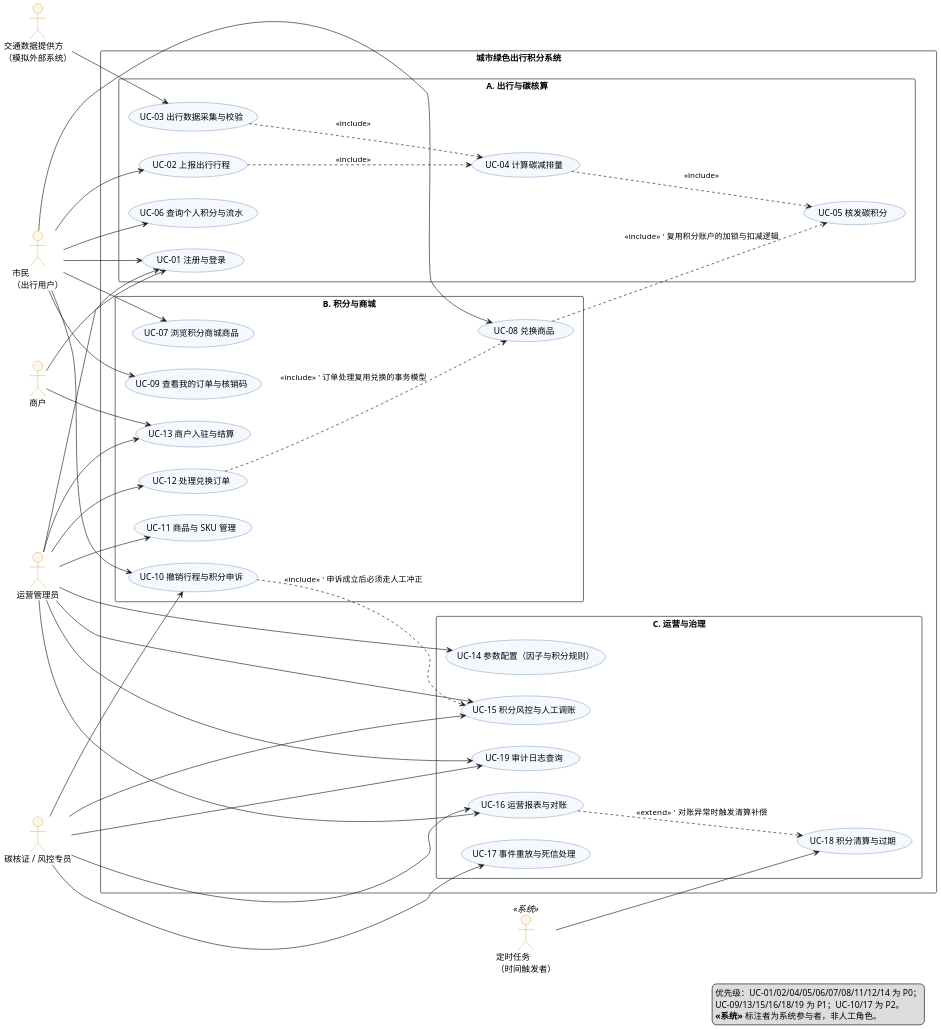
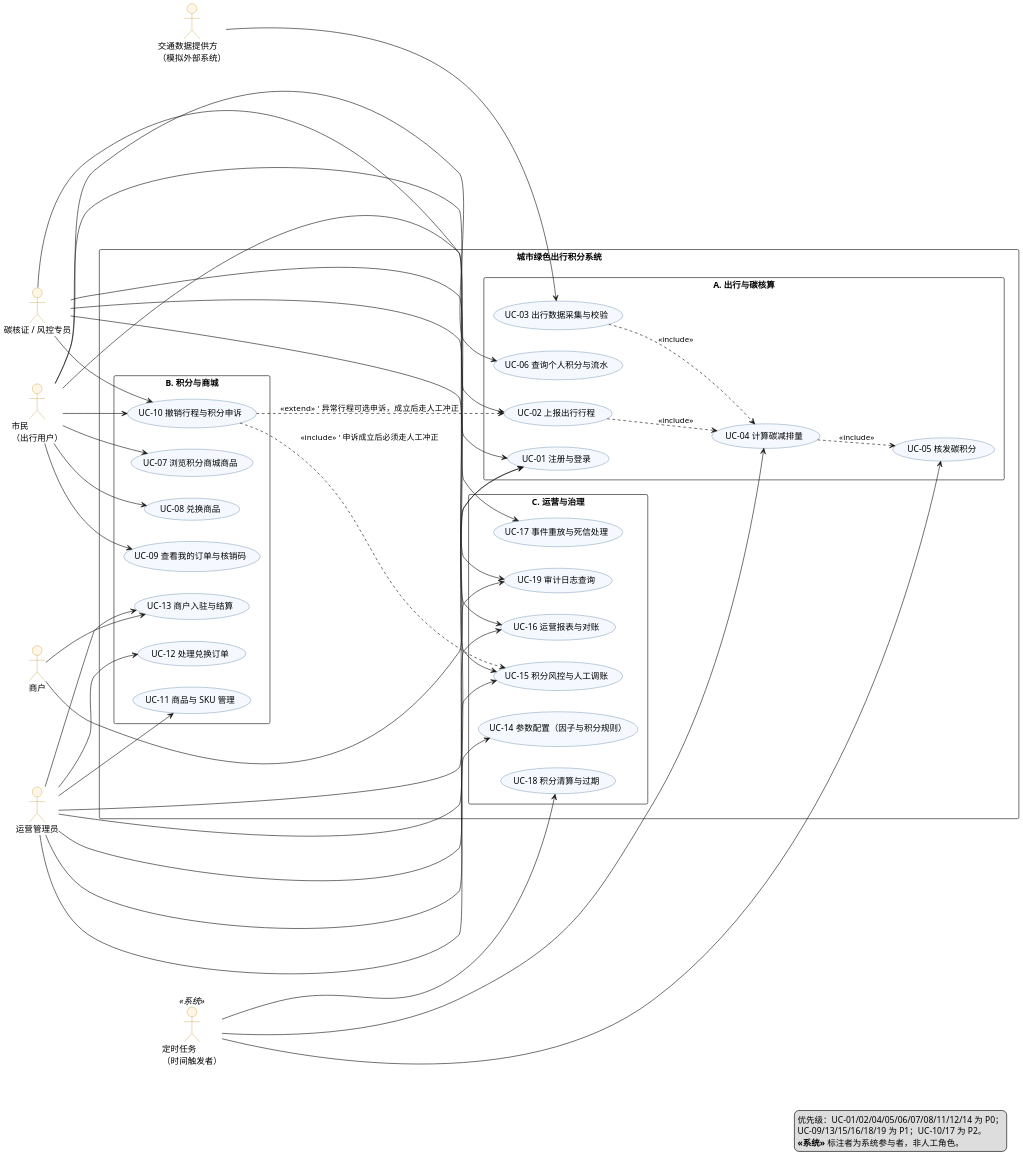
Before and after one commit to chiyan11/green-travel-points: the diagram in docs/uml/01-用例图-总览.puml, drawn with PlantUML. The commit also changed 19 other files, not shown here.

Commit message:
docs(docs): 补齐 P1 设计规格、实验报告与 UML 交付

```diff
--- a/docs/uml/01-用例图-总览.puml
+++ b/docs/uml/01-用例图-总览.puml
@@ -1,107 +1,110 @@
 @startuml 图1-1 城市绿色出行积分系统 用例图
 ' 依据：docs/需求规格说明书.md §2.1 角色列表 / §2.2 用例列表 / §2.3.1 分区原则
 ' 约定：人工角色在左，系统参与者（R5/R6）在右；虚线箭头表示 include / extend
 ' 渲染：java -jar plantuml.jar -charset UTF-8 -tpng "01-用例图-总览.puml"
 
 skinparam defaultFontName "Microsoft YaHei"
 skinparam dpi 150
 skinparam shadowing false
 ' 横向布局：actor 在左，三个分区自上而下堆叠，避免 19 个用例排成一条 6500px 的长条
 left to right direction
 
 skinparam usecase {
   BackgroundColor #F5F9FF
   BorderColor #2E5C8A
 }
 skinparam actor {
   BackgroundColor #FFF6E5
   BorderColor #B8860B
 }
 
 actor "市民\n（出行用户）" as R1
 actor "运营管理员" as R2
 actor "商户" as R3
 actor "碳核证 / 风控专员" as R4
 
 rectangle "城市绿色出行积分系统" {
 
   rectangle "A. 出行与碳核算" {
     usecase "UC-01 注册与登录" as UC01
     usecase "UC-02 上报出行行程" as UC02
     usecase "UC-03 出行数据采集与校验" as UC03
     usecase "UC-04 计算碳减排量" as UC04
     usecase "UC-05 核发碳积分" as UC05
     usecase "UC-06 查询个人积分与流水" as UC06
   }
 
   rectangle "B. 积分与商城" {
     usecase "UC-07 浏览积分商城商品" as UC07
     usecase "UC-08 兑换商品" as UC08
     usecase "UC-09 查看我的订单与核销码" as UC09
     usecase "UC-10 撤销行程与积分申诉" as UC10
     usecase "UC-11 商品与 SKU 管理" as UC11
     usecase "UC-12 处理兑换订单" as UC12
     usecase "UC-13 商户入驻与结算" as UC13
   }
 
   rectangle "C. 运营与治理" {
     usecase "UC-14 参数配置（因子与积分规则）" as UC14
     usecase "UC-15 积分风控与人工调账" as UC15
     usecase "UC-16 运营报表与对账" as UC16
     usecase "UC-17 事件重放与死信处理" as UC17
     usecase "UC-18 积分清算与过期" as UC18
     usecase "UC-19 审计日志查询" as UC19
   }
 }
 
 actor "交通数据提供方\n（模拟外部系统）" as R5
 actor "定时任务\n（时间触发者）" as R6 <<系统>>
 
 ' ---------- 角色 → 用例 关联 ----------
 R1 --> UC01
 R1 --> UC02
 R1 --> UC06
 R1 --> UC07
 R1 --> UC08
 R1 --> UC09
 R1 --> UC10
 
 R2 --> UC01
 R2 --> UC11
 R2 --> UC12
 R2 --> UC13
 R2 --> UC14
 R2 --> UC15
 R2 --> UC16
 R2 --> UC19
 
 R3 --> UC01
 R3 --> UC13
 
 R4 --> UC10
 R4 --> UC15
 R4 --> UC16
 R4 --> UC17
 R4 --> UC19
 
 R5 --> UC03
+R6 --> UC04
+R6 --> UC05
 R6 --> UC18
 
 ' ---------- include / extend（判定口径见 §2.3.1） ----------
 UC02 ..> UC04 : <<include>>
 UC03 ..> UC04 : <<include>>
 UC04 ..> UC05 : <<include>>
-UC08 ..> UC05 : <<include>>  ' 复用积分账户的加锁与扣减逻辑
+UC10 ..> UC02 : <<extend>>   ' 异常行程可选申诉，成立后走人工冲正
 UC10 ..> UC15 : <<include>>  ' 申诉成立后必须走人工冲正
-UC12 ..> UC08 : <<include>>  ' 订单处理复用兑换的事务模型
-UC16 ..> UC18 : <<extend>>   ' 对账异常时触发清算补偿
+' 说明：UC-08 的“校验积分与库存”是锁后复核的内部活动，不单列为用例；
+' UC-12 的“关闭订单”是同一用例的备选流；UC-16 对账与 UC-18 清算相互独立，
+' 均不画 include / extend，避免把活动图误画成用例图。
 
 ' 事件流与约束不在此图重复：详见 02/03 活动图、09/10 序列图与需求说明书 §2.3.2
 
 legend right
   优先级：UC-01/02/04/05/06/07/08/11/12/14 为 P0；
   UC-09/13/15/16/18/19 为 P1；UC-10/17 为 P2。
   **<<系统>>** 标注者为系统参与者，非人工角色。
 endlegend
 
 @enduml
```
